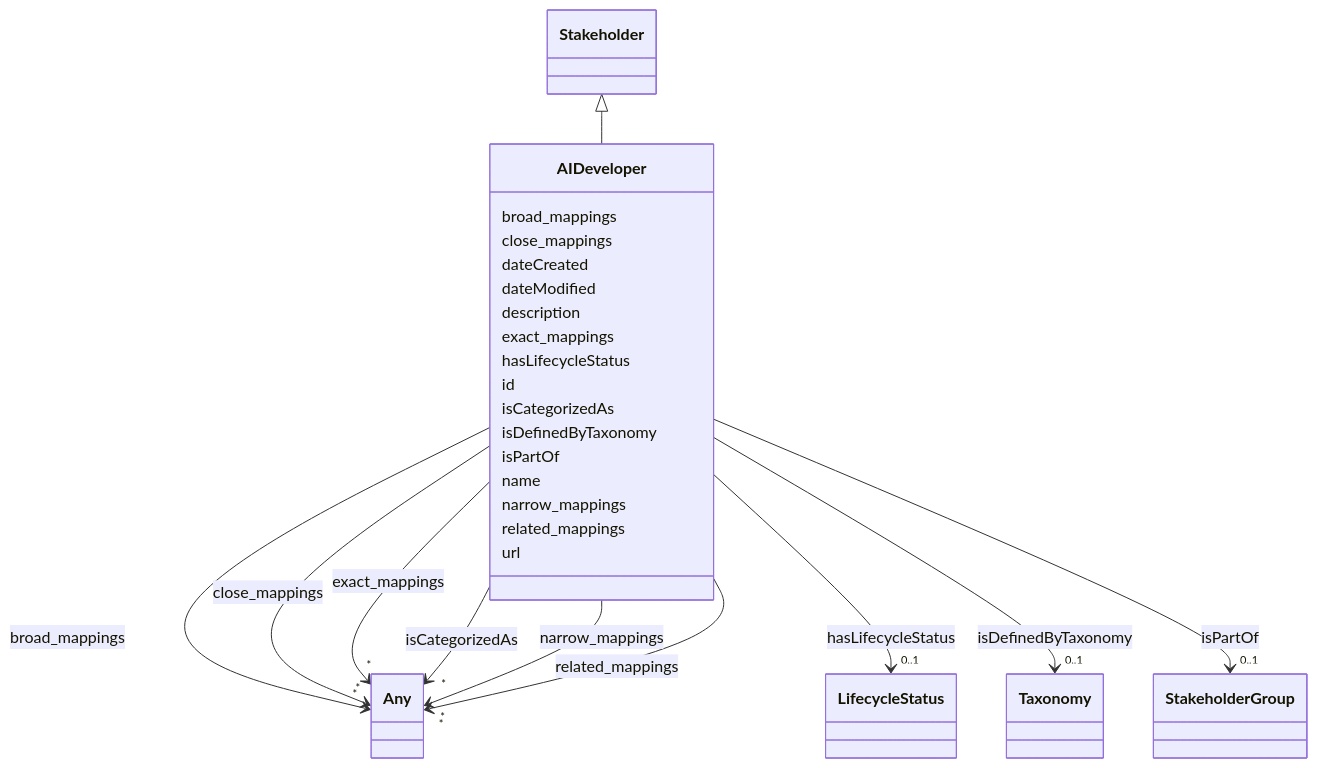
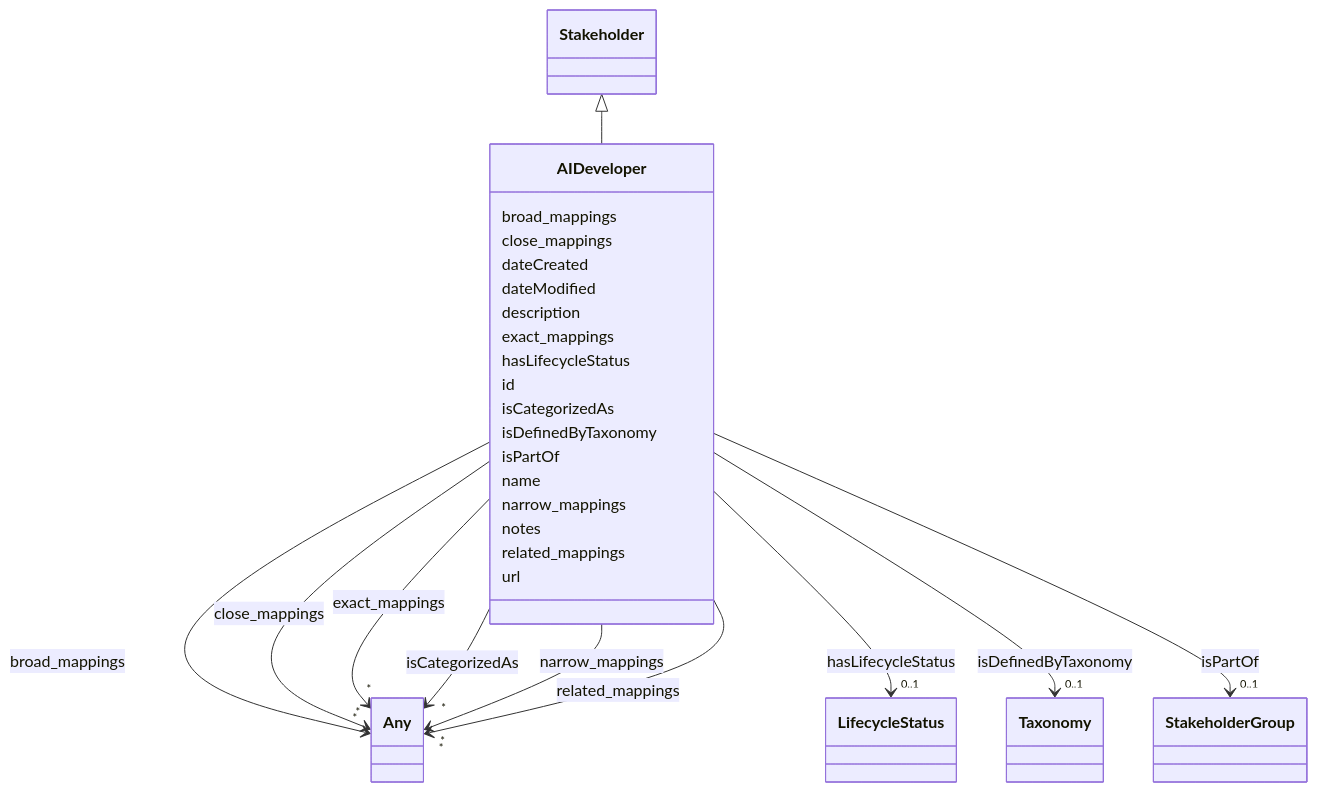
Before and after one commit to ingelise/risk-atlas-nexus: the diagram in docs/ontology/AIDeveloper.md, drawn with Mermaid. The commit also changed other lines of this file and 318 other files, not shown here.

```diff
--- a/docs/ontology/AIDeveloper.md
+++ b/docs/ontology/AIDeveloper.md
@@ -116,6 +116,8 @@
 
 
 
+      AIDeveloper : notes
+
       AIDeveloper : related_mappings
 
 
```
